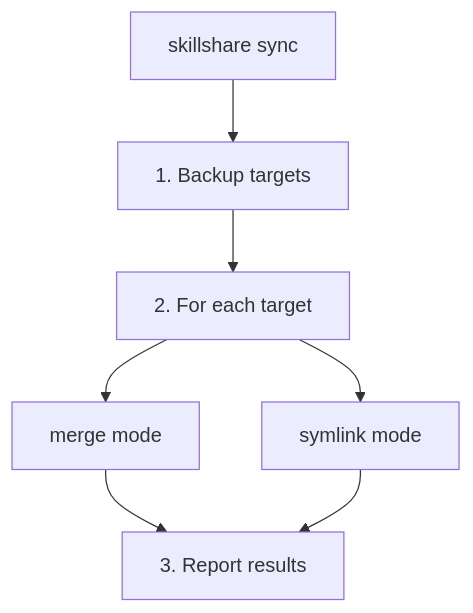
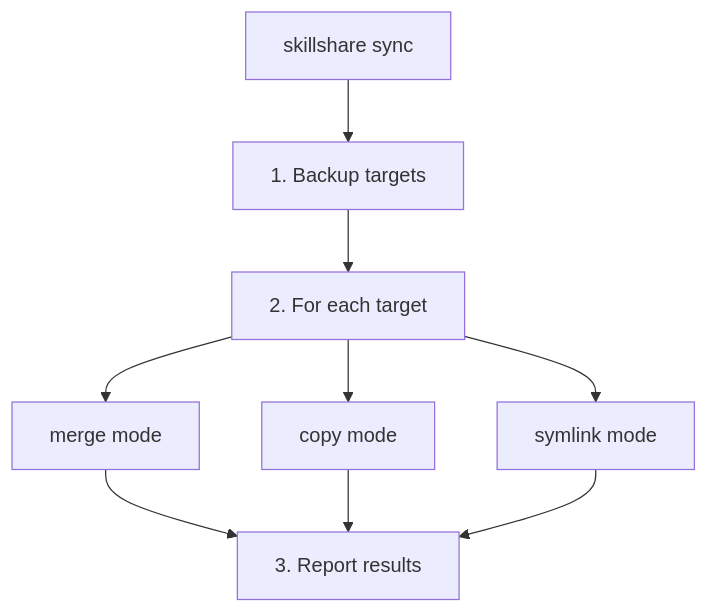
One commit to runkids/skillshare changed the second of 6 diagrams in website/docs/commands/sync.md. Above: the diagram before and after it, drawn with Mermaid. The commit also changed other lines of this file and 32 other files, not shown here.

First line of the commit message:
feat(sync): add copy mode for AI CLIs that can't follow symlinks

````diff
--- a/website/docs/commands/sync.md
+++ b/website/docs/commands/sync.md
@@ -95,12 +95,14 @@
 ```mermaid
 flowchart TD
     TITLE["skillshare sync"]
     S1["1. Backup targets"]
     S2["2. For each target"]
     MERGE["merge mode"]
     SYMLINK["symlink mode"]
     S3["3. Report results"]
     TITLE --> S1 --> S2
+    COPY["copy mode"]
     S2 --> MERGE --> S3
+    S2 --> COPY --> S3
     S2 --> SYMLINK --> S3
 ```
````
